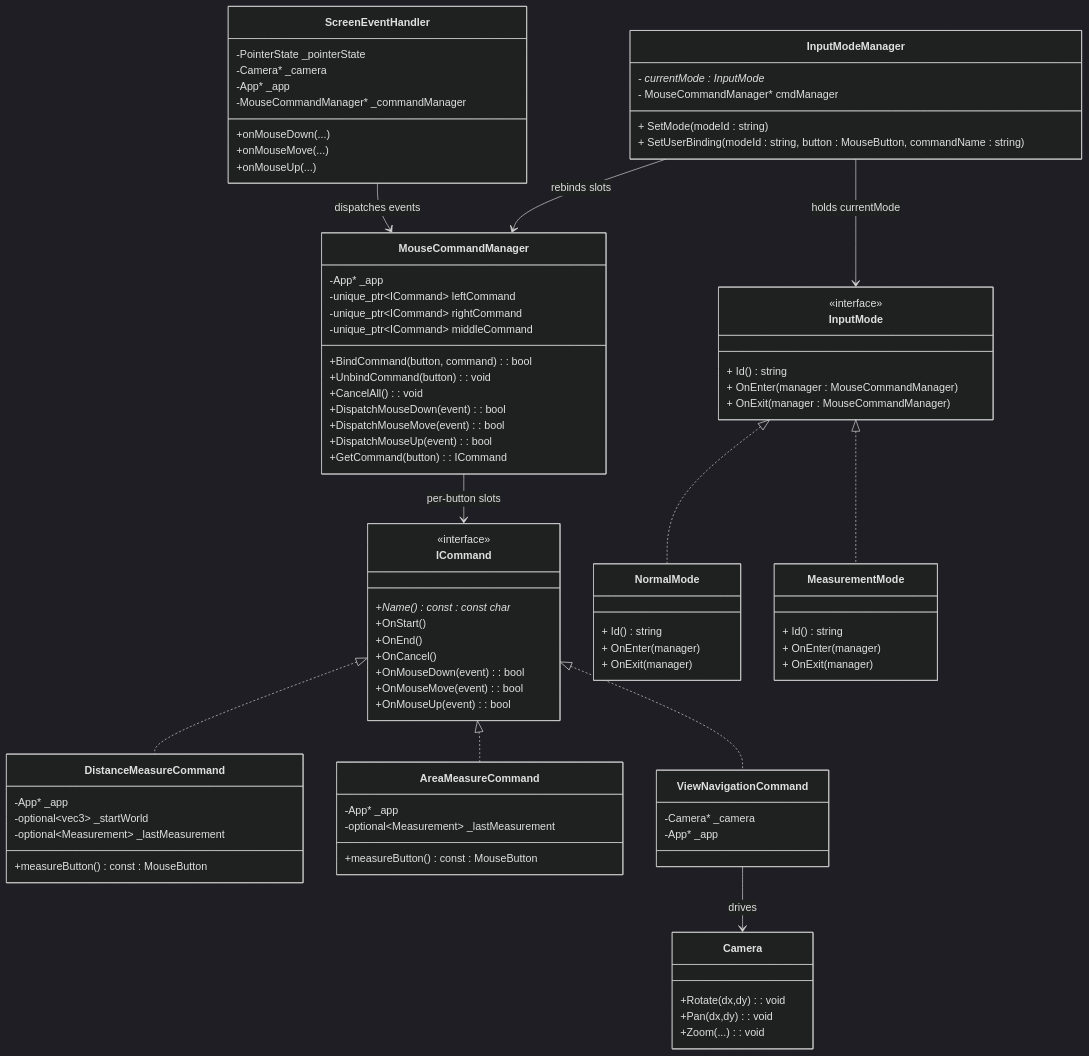
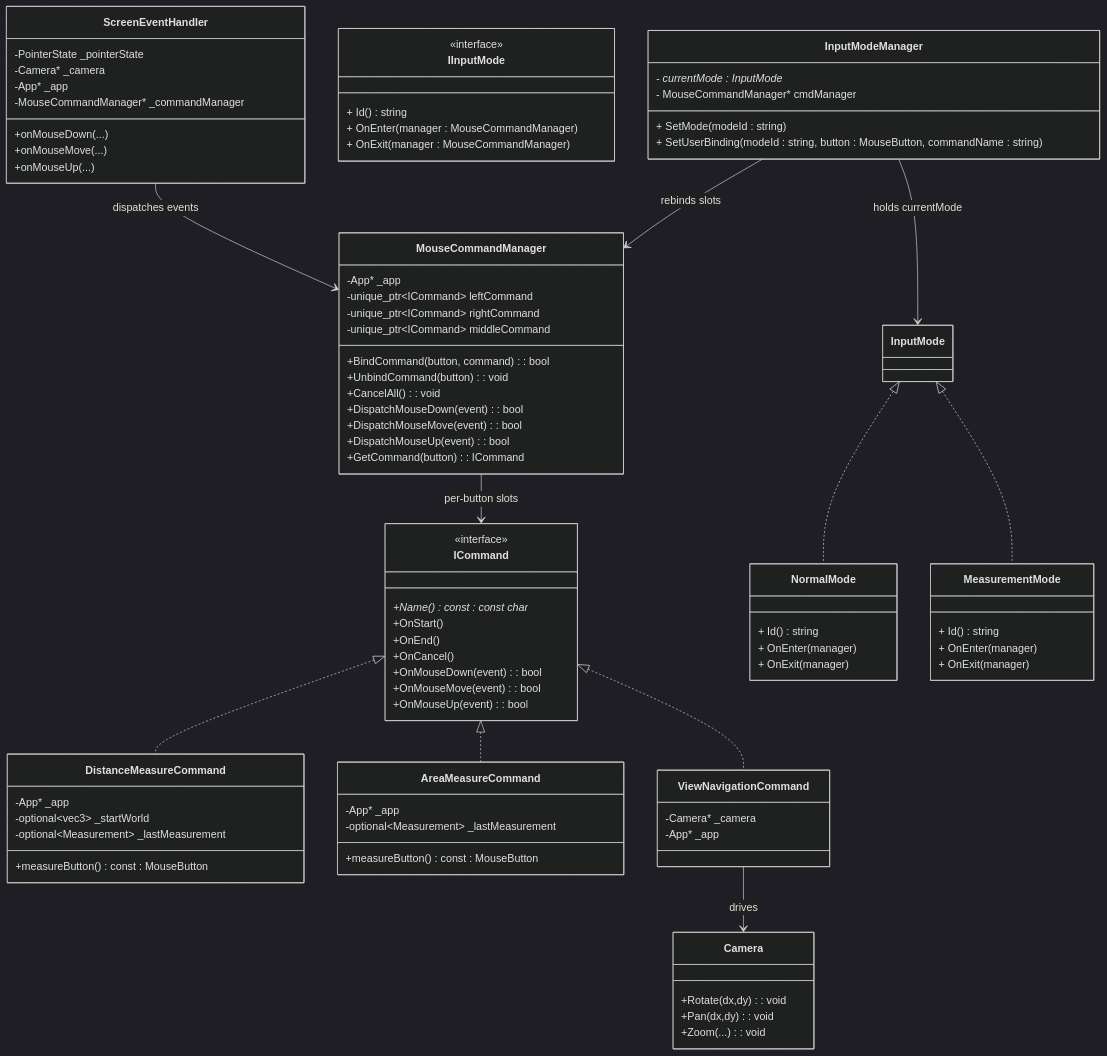
The second of 4 diagrams in GraphV3.md (vfa-khaidt1/vfa-cdn), drawn with Mermaid (dark theme) before and after one commit.

```diff
--- a/GraphV3.md
+++ b/GraphV3.md
@@ -94,7 +94,7 @@
         +Zoom(...): void
     }
 
-    class InputMode {
+    class IInputMode {
         <<interface>>
         + Id() string
         + OnEnter(manager : MouseCommandManager)
```
